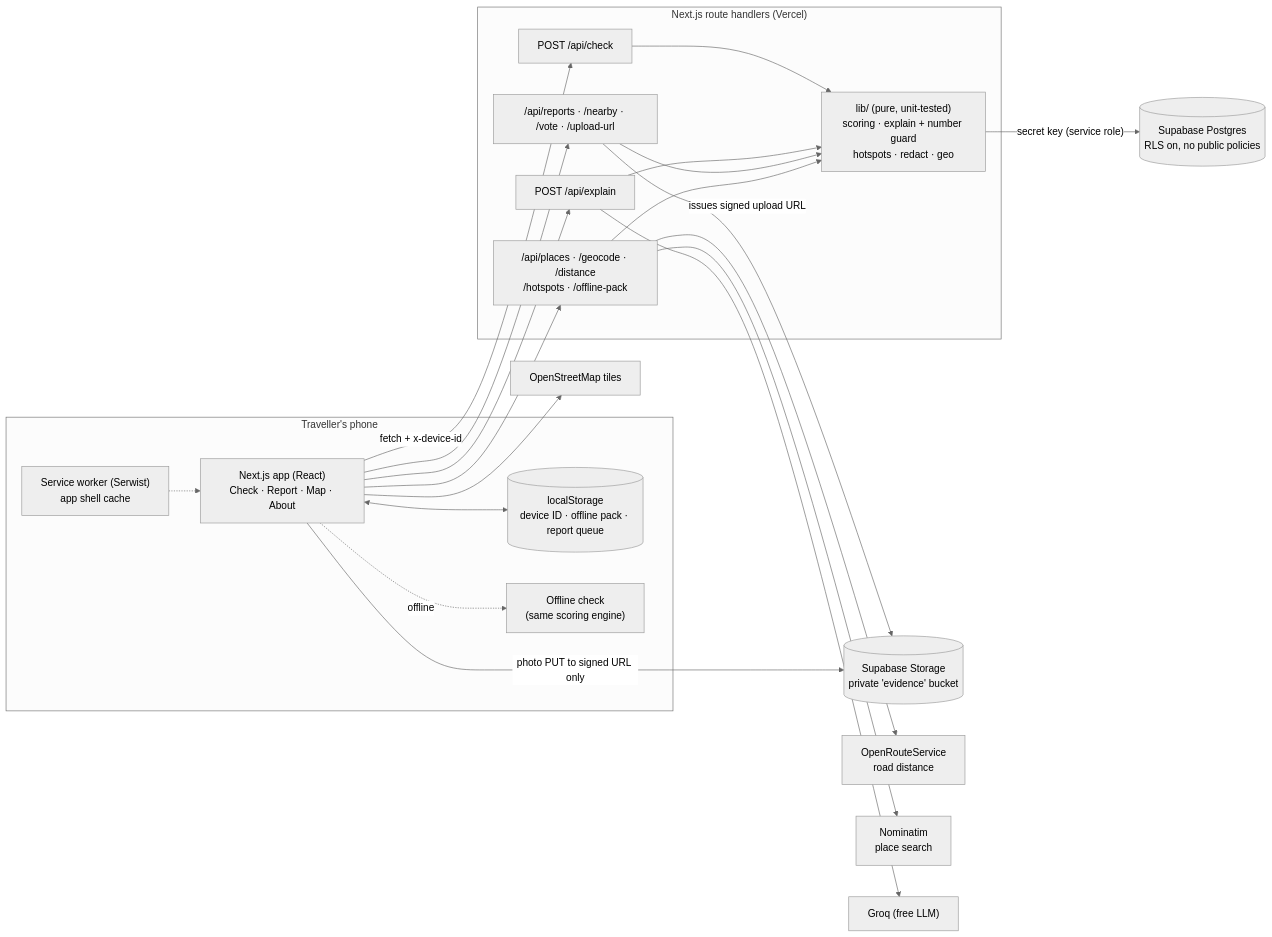
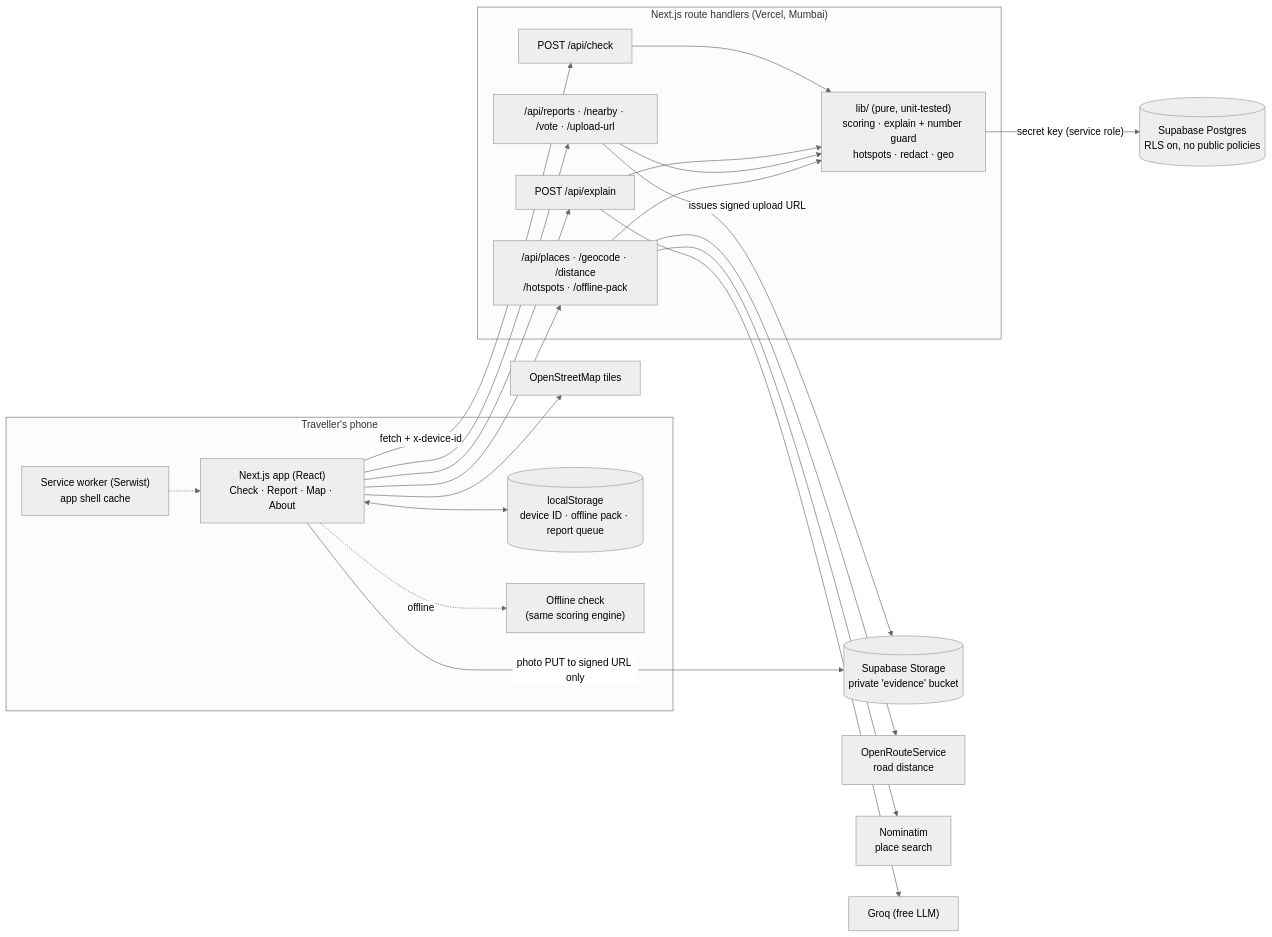
The diagram in README.md (ujjal5455/travel-trap-detector), drawn with Mermaid (neutral theme) before and after one commit. The commit also changed other lines of this file and 5 other files, not shown here.

````diff
--- a/README.md
+++ b/README.md
@@ -71,35 +106,35 @@
 ```mermaid
 flowchart LR
   subgraph Phone["Traveller's phone"]
     UI["Next.js app (React)<br/>Check · Report · Map · About"]
     SW["Service worker (Serwist)<br/>app shell cache"]
     LS[("localStorage<br/>device ID · offline pack · report queue")]
     UI <--> LS
     UI -. offline .-> OFF["Offline check<br/>(same scoring engine)"]
   end
 
-  subgraph Server["Next.js route handlers (Vercel)"]
+  subgraph Server["Next.js route handlers (Vercel, Mumbai)"]
     CHECK["POST /api/check"]
     EXPLAIN["POST /api/explain"]
     REPORTS["/api/reports · /nearby · /vote · /upload-url"]
     OTHER["/api/places · /geocode · /distance<br/>/hotspots · /offline-pack"]
     LIB["lib/ (pure, unit-tested)<br/>scoring · explain + number guard<br/>hotspots · redact · geo"]
     CHECK --> LIB
     EXPLAIN --> LIB
     REPORTS --> LIB
     OTHER --> LIB
   end
 
   UI -- "fetch + x-device-id" --> CHECK
   UI --> EXPLAIN
   UI --> REPORTS
   UI --> OTHER
   SW -.-> UI
   LIB -- "secret key (service role)" --> DB[("Supabase Postgres<br/>RLS on, no public policies")]
   REPORTS -- "issues signed upload URL" --> ST[("Supabase Storage<br/>private 'evidence' bucket")]
   UI -- "photo PUT to signed URL only" --> ST
   OTHER --> ORS["OpenRouteService<br/>road distance"]
   OTHER --> NOM["Nominatim<br/>place search"]
   EXPLAIN --> GROQ["Groq (free LLM)"]
   UI --> OSM["OpenStreetMap tiles"]
 ```
````
